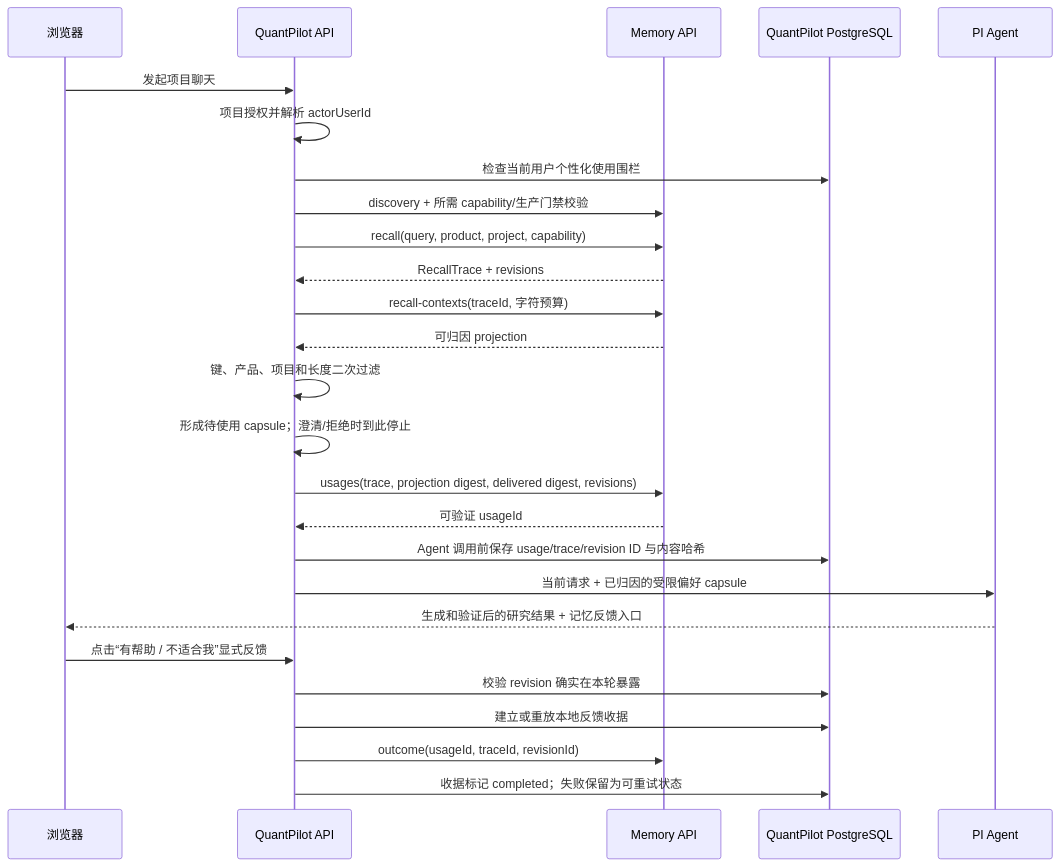
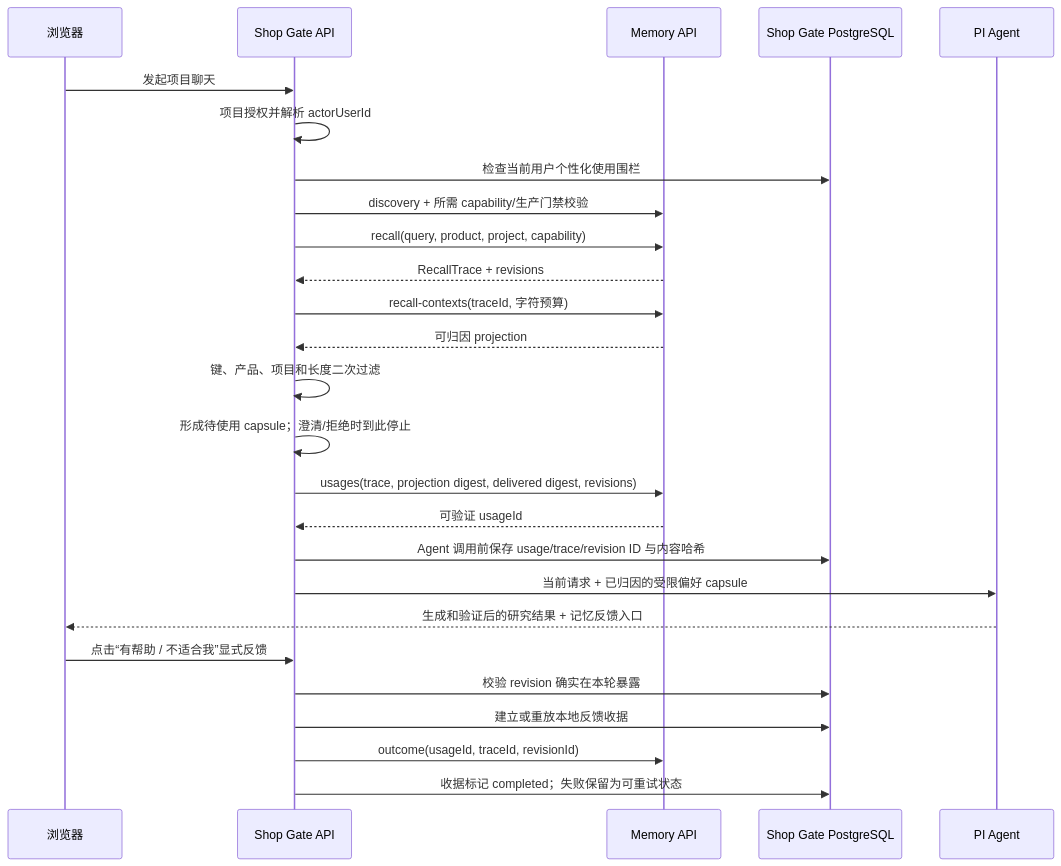
One commit to betterkite/shop-gate changed the diagram in docs/user-memory-integration.md. Above: the diagram before and after it, drawn with Mermaid. The commit also changed other lines of this file and 448 other files, not shown here.

````diff
--- a/docs/user-memory-integration.md
+++ b/docs/user-memory-integration.md
@@ -93,29 +93,29 @@
 ```mermaid
 sequenceDiagram
   participant B as 浏览器
-  participant Q as QuantPilot API
+  participant Q as Shop Gate API
   participant M as Memory API
-  participant P as QuantPilot PostgreSQL
+  participant P as Shop Gate PostgreSQL
   participant A as PI Agent
 
   B->>Q: 发起项目聊天
   Q->>Q: 项目授权并解析 actorUserId
   Q->>P: 检查当前用户个性化使用围栏
   Q->>M: discovery + 所需 capability/生产门禁校验
   Q->>M: recall(query, product, project, capability)
   M-->>Q: RecallTrace + revisions
   Q->>M: recall-contexts(traceId, 字符预算)
   M-->>Q: 可归因 projection
   Q->>Q: 键、产品、项目和长度二次过滤
   Q->>Q: 形成待使用 capsule；澄清/拒绝时到此停止
   Q->>M: usages(trace, projection digest, delivered digest, revisions)
   M-->>Q: 可验证 usageId
   Q->>P: Agent 调用前保存 usage/trace/revision ID 与内容哈希
   Q->>A: 当前请求 + 已归因的受限偏好 capsule
   A-->>B: 生成和验证后的研究结果 + 记忆反馈入口
   B->>Q: 点击“有帮助 / 不适合我”显式反馈
   Q->>P: 校验 revision 确实在本轮暴露
   Q->>P: 建立或重放本地反馈收据
   Q->>M: outcome(usageId, traceId, revisionId)
   Q->>P: 收据标记 completed；失败保留为可重试状态
 ```
````
